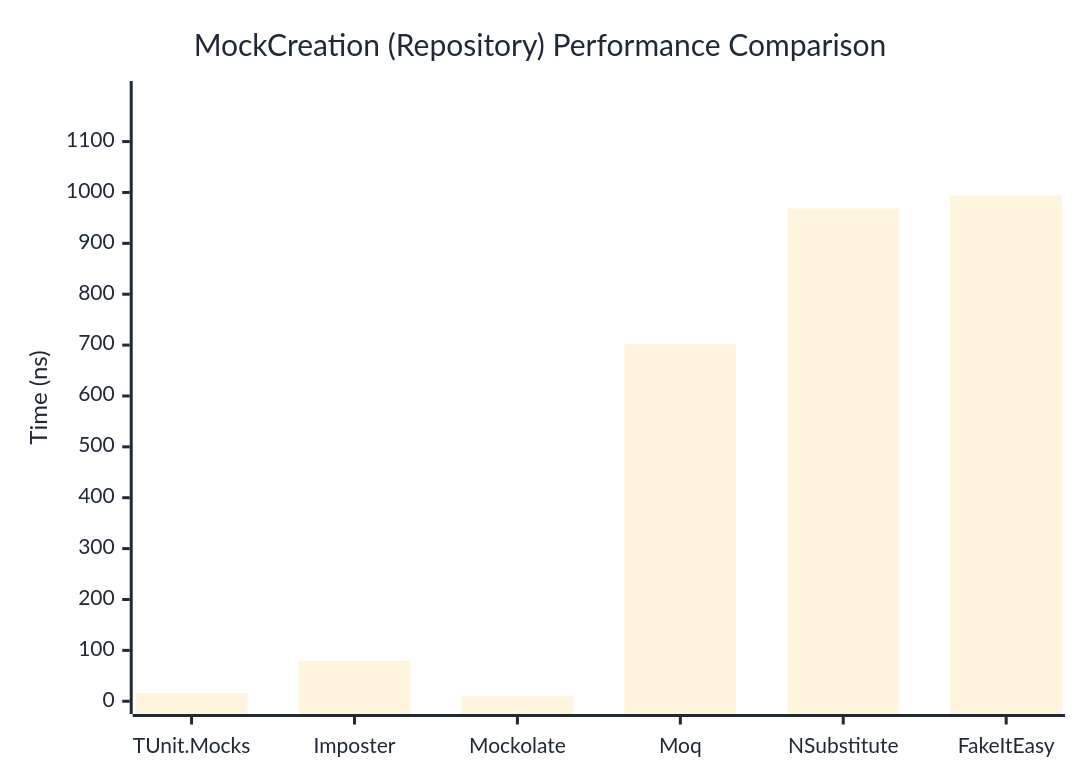
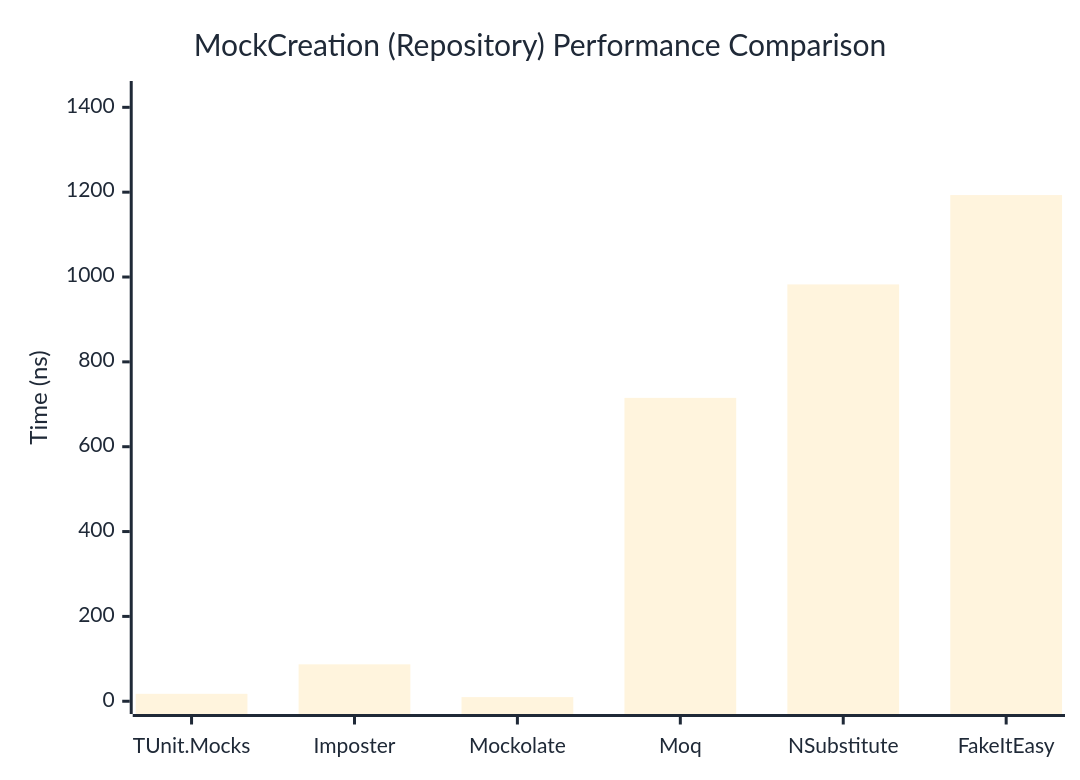
Before and after one commit to thomhurst/TUnit: the second of 2 diagrams in docs/docs/benchmarks/mocks/MockCreation.md, drawn with Mermaid. The commit also changed other lines of this file and 14 other files, not shown here.

````diff
--- a/docs/docs/benchmarks/mocks/MockCreation.md
+++ b/docs/docs/benchmarks/mocks/MockCreation.md
@@ -71,27 +71,27 @@
 ```mermaid
 %%{init: {
   'theme':'base',
   'themeVariables': {
     'primaryColor': '#2563eb',
     'primaryTextColor': '#1f2937',
     'primaryBorderColor': '#1e40af',
     'lineColor': '#6b7280',
     'secondaryColor': '#7c3aed',
     'tertiaryColor': '#dc2626',
     'background': '#ffffff',
     'pie1': '#2563eb',
     'pie2': '#7c3aed',
     'pie3': '#dc2626',
     'pie4': '#f59e0b',
     'pie5': '#10b981',
     'pie6': '#06b6d4',
     'pie7': '#ec4899',
     'pie8': '#6366f1'
   }
 }}%%
 xychart-beta
   title "MockCreation (Repository) Performance Comparison"
   x-axis ["TUnit.Mocks", "Imposter", "Mockolate", "Moq", "NSubstitute", "FakeItEasy"]
-  y-axis "Time (ns)" 0 --> 1194
-  bar [15.867, 79.456, 9.481, 701.746, 968.47, 994.231]
+  y-axis "Time (ns)" 0 --> 1432
+  bar [17.512, 87.007, 9.808, 715.143, 982.563, 1193.154]
 ```
````
